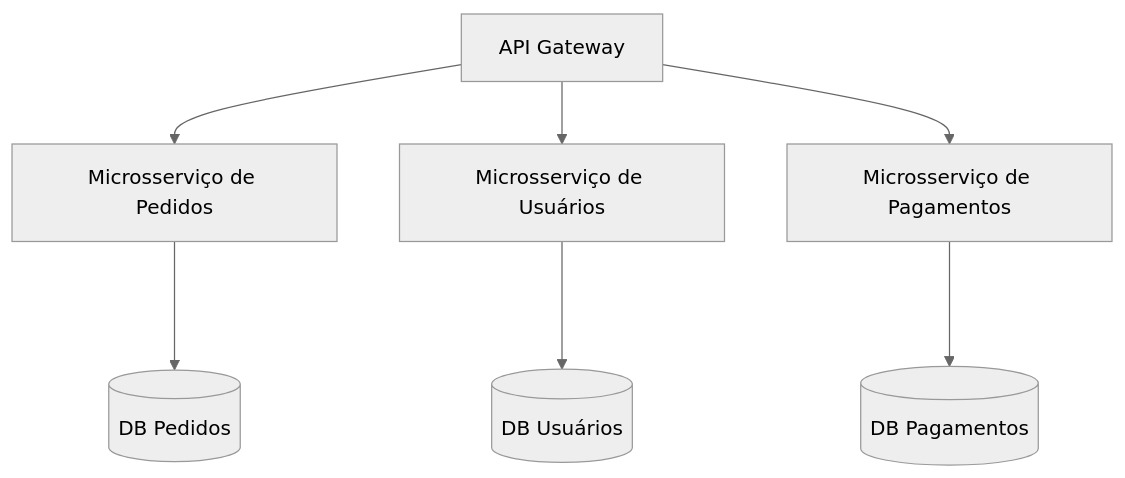
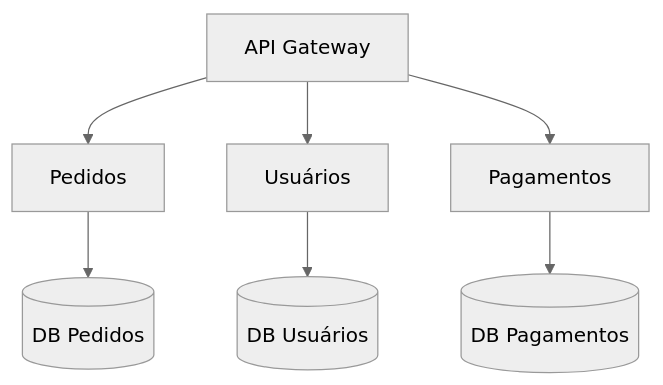
Before and after one commit to MaicomMRampi/software-architecture-handbook: the third of 4 diagrams in Arquiteto de Software/01 Fundamentos em arquitetura de software/06 Estilos arquiteturais distribuidos.md, drawn with Mermaid (neutral theme). The commit also changed other lines of this file and 43 other files, not shown here.

````diff
--- a/Arquiteto de Software/01 Fundamentos em arquitetura de software/06 Estilos arquiteturais distribuidos.md
+++ b/Arquiteto de Software/01 Fundamentos em arquitetura de software/06 Estilos arquiteturais distribuidos.md
@@ -72,10 +93,9 @@
 ```mermaid
 graph TD
-    GW[API Gateway] --> S1[Microsserviço de Pedidos]
-    GW --> S2[Microsserviço de Usuários]
-    GW --> S3[Microsserviço de Pagamentos]
-    
-    S1 ---> DB1[(DB Pedidos)]
-    S2 ---> DB2[(DB Usuários)]
-    S3 ---> DB3[(DB Pagamentos)]
+    GW[API Gateway] --> S1[Pedidos]
+    GW --> S2[Usuários]
+    GW --> S3[Pagamentos]
+    S1 --> DB1[(DB Pedidos)]
+    S2 --> DB2[(DB Usuários)]
+    S3 --> DB3[(DB Pagamentos)]
 ```
````
